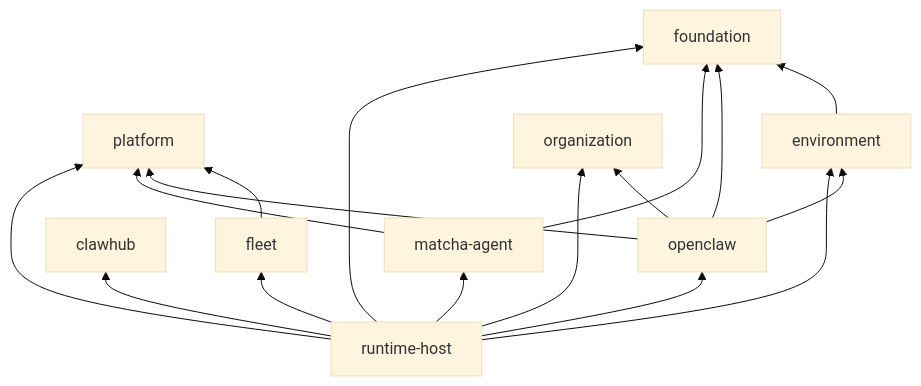
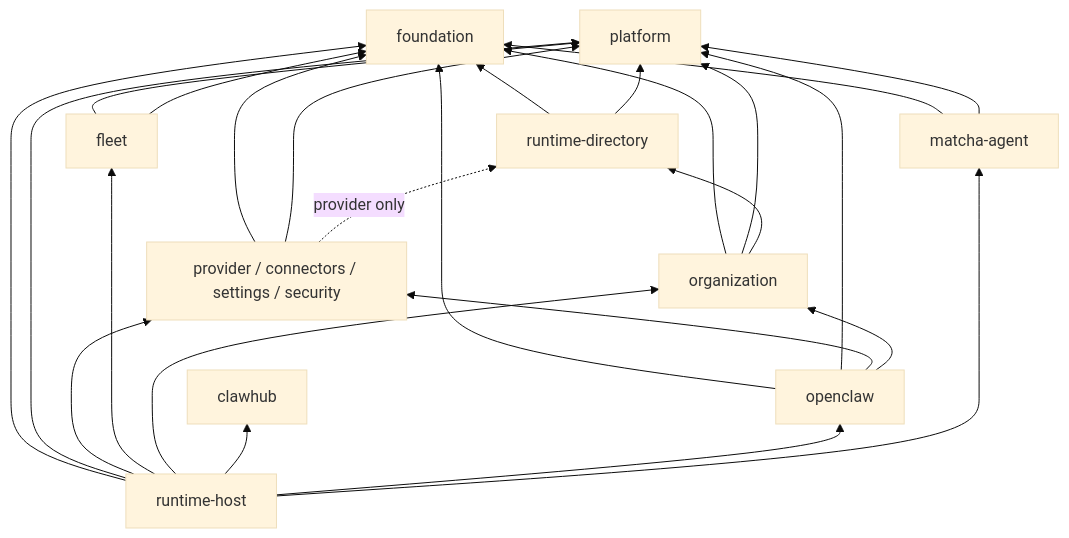
One commit to hellowKeyzj/Matcha-claw changed the fourth of 6 diagrams in docs/architecture/layered-architecture.md. Above: the diagram before and after it, drawn with Mermaid (base theme). The commit also changed other lines of this file and 1428 other files, not shown here.

````diff
--- a/docs/architecture/layered-architecture.md
+++ b/docs/architecture/layered-architecture.md
@@ -306,29 +320,38 @@
 ```mermaid
 flowchart BT
   Foundation[foundation]
   Platform[platform]
-  Environment[environment]
+  Products[provider / connectors / settings / security]
+  RuntimeDirectory[runtime-directory]
   Fleet[fleet]
   Organization[organization]
   ClawHub[clawhub]
   OpenClaw[openclaw]
   Matcha[matcha-agent]
   Host[runtime-host]
 
-  Environment --> Foundation
+  Products --> Foundation
+  Products --> Platform
+  Products -. provider only .-> RuntimeDirectory
+  RuntimeDirectory --> Foundation
+  RuntimeDirectory --> Platform
   Fleet --> Platform
+  Fleet --> Foundation
   OpenClaw --> Foundation
   OpenClaw --> Platform
-  OpenClaw --> Environment
+  OpenClaw --> Products
   OpenClaw --> Organization
+  Organization --> Foundation
+  Organization --> Platform
+  Organization --> RuntimeDirectory
   Matcha --> Foundation
   Matcha --> Platform
   Host --> Foundation
   Host --> Platform
-  Host --> Environment
+  Host --> Products
   Host --> Fleet
   Host --> Organization
   Host --> ClawHub
   Host --> OpenClaw
   Host --> Matcha
 ```
````
